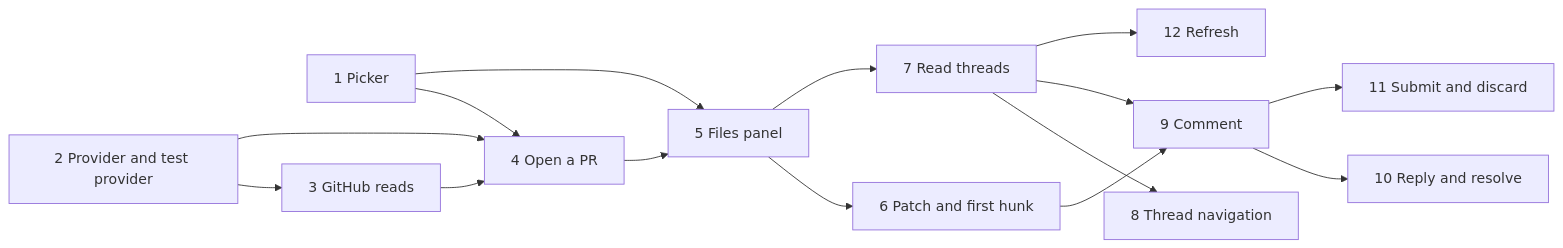
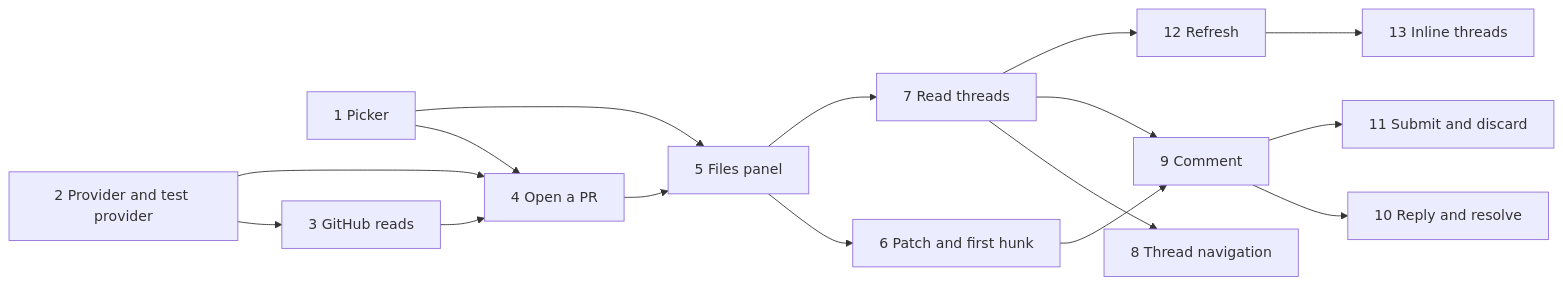
Before and after one commit to nickciaravella/didymus.nvim: the second of 2 diagrams in docs/architecture/review.md, drawn with Mermaid. The commit also changed other lines of this file and 22 other files, not shown here.

Commit message:
Show the review threads inline, with folds (#70)

````diff
--- a/docs/architecture/review.md
+++ b/docs/architecture/review.md
@@ -512,17 +542,18 @@
 ```mermaid
 flowchart LR
   t1["1 Picker"] --> t4["4 Open a PR"]
   t2["2 Provider and test provider"] --> t3["3 GitHub reads"]
   t2 --> t4
   t3 --> t4
   t4 --> t5["5 Files panel"]
   t1 --> t5
   t5 --> t6["6 Patch and first hunk"]
   t5 --> t7["7 Read threads"]
   t7 --> t8["8 Thread navigation"]
   t6 --> t9["9 Comment"]
   t7 --> t9
   t9 --> t10["10 Reply and resolve"]
   t9 --> t11["11 Submit and discard"]
   t7 --> t12["12 Refresh"]
+  t12 --> t13["13 Inline threads"]
 ```
````
